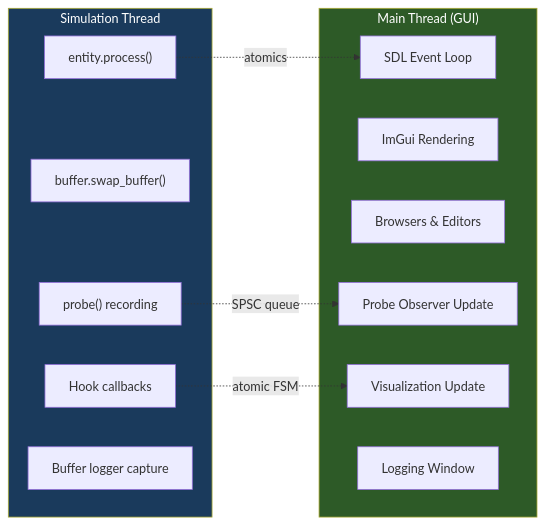
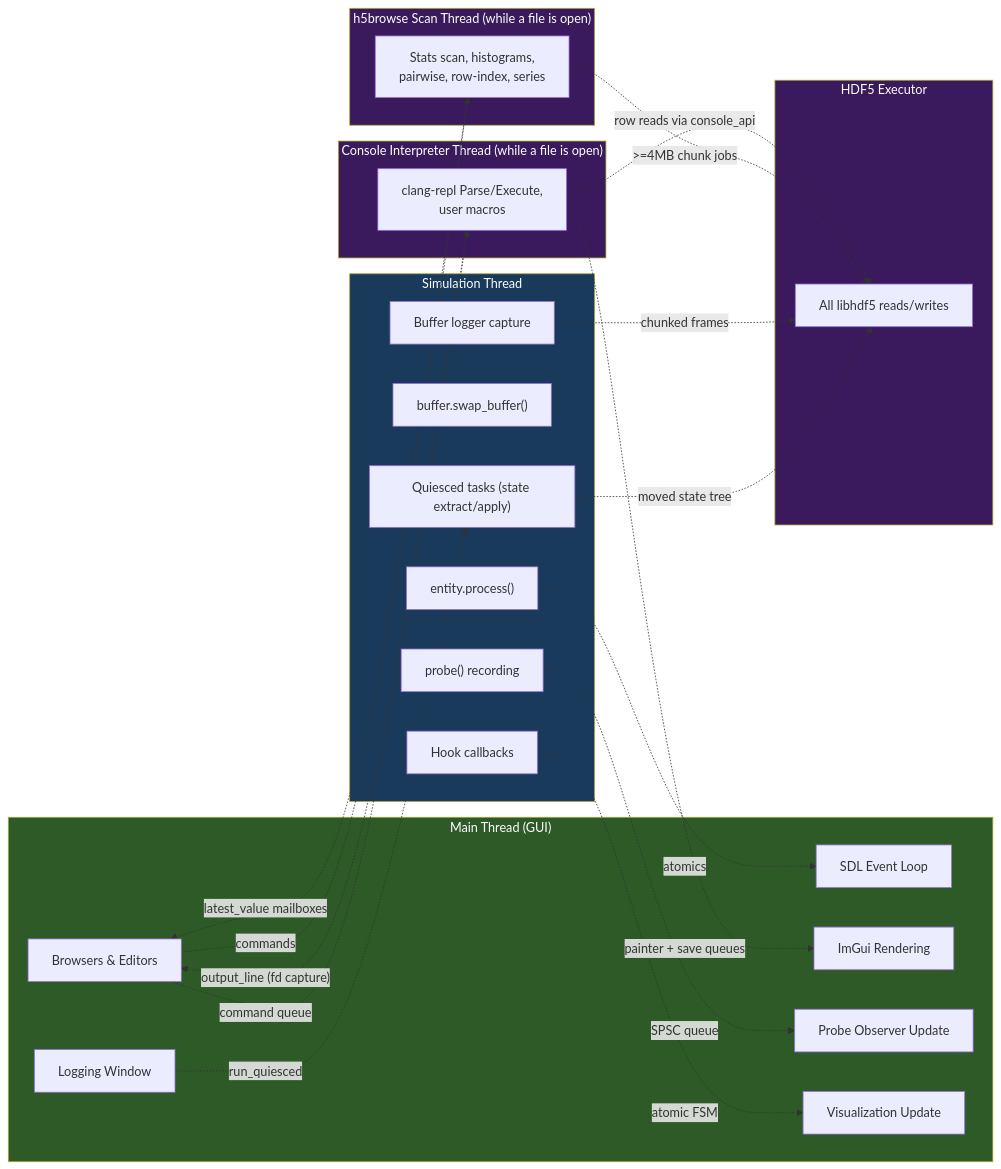
Before and after one commit to policecar/coast: the diagram in docs/content/threading/_index.md, drawn with Mermaid. The commit also changed other lines of this file and 929 other files, not shown here.

````diff
--- a/docs/content/threading/_index.md
+++ b/docs/content/threading/_index.md
@@ -12,26 +23,52 @@
 ```mermaid
 graph LR
     subgraph MainThread["Main Thread (GUI)"]
         SDL["SDL Event Loop"]
         ImGui["ImGui Rendering"]
         Browsers["Browsers & Editors"]
         ProbeUpdate["Probe Observer Update"]
         VisUpdate["Visualization Update"]
         LoggingWin["Logging Window"]
     end
 
     subgraph SimThread["Simulation Thread"]
         Process["entity.process()"]
         SwapIO["buffer.swap_buffer()"]
         Hooks["Hook callbacks"]
         ProbeRecord["probe() recording"]
         BufCapture["Buffer logger capture"]
+        Quiesced["Quiesced tasks (state extract/apply)"]
+    end
+
+    subgraph ExecThread["HDF5 Executor"]
+        H5["All libhdf5 reads/writes"]
+    end
+
+    subgraph ScanThread["h5browse Scan Thread (while a file is open)"]
+        ScanOps["Stats scan, histograms,<br/>pairwise, row-index, series"]
+    end
+
+    subgraph ConsoleThread["Console Interpreter Thread (while a file is open)"]
+        Interp["clang-repl Parse/Execute,<br/>user macros"]
     end
 
     ProbeRecord -.->|SPSC queue| ProbeUpdate
     Hooks -.->|atomic FSM| VisUpdate
     Process -.->|atomics| SDL
+    LoggingWin -.->|run_quiesced| Quiesced
+    Quiesced -.->|moved state tree| H5
+    BufCapture -.->|chunked frames| H5
+    Browsers -.->|commands| ScanOps
+    ScanOps -.->|>=4MB chunk jobs| H5
+    ScanOps -.->|latest_value mailboxes| Browsers
+    Browsers -.->|command queue| Interp
+    Interp -.->|"row reads via console_api"| H5
+    Interp -.->|"output_line (fd capture)"| Browsers
+    Interp -.->|"painter + save queues"| ImGui
 
     style MainThread fill:#2d5a27,color:#fff
     style SimThread fill:#1a3a5c,color:#fff
+    style ExecThread fill:#3a1a5c,color:#fff
+    style ScanThread fill:#3a1a5c,color:#fff
+    style ConsoleThread fill:#3a1a5c,color:#fff
 ```
````
